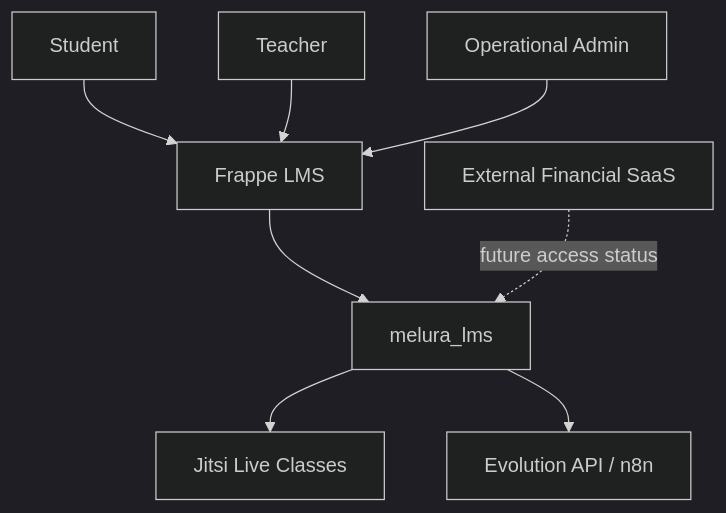
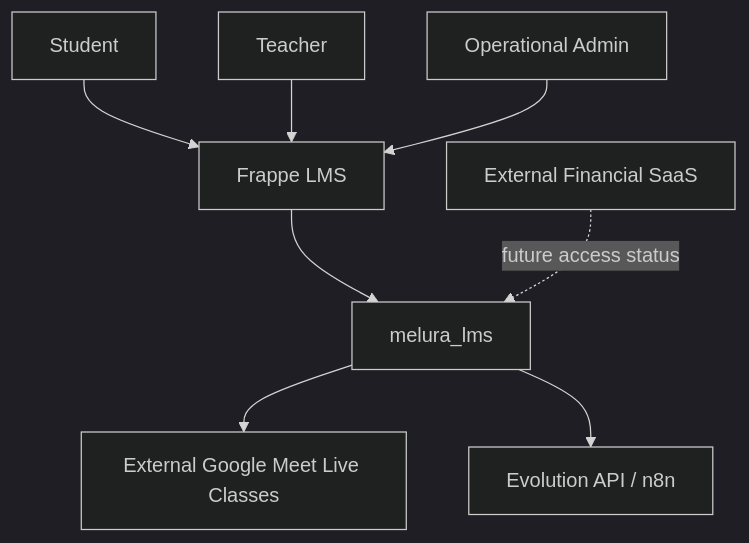
The diagram in README.en.md (estevao98/melura-lms), drawn with Mermaid (dark theme) before and after one commit. The commit also changed other lines of this file and 69 other files, not shown here.

Commit message:
feat: add google meet automatic live flow

````diff
--- a/README.en.md
+++ b/README.en.md
@@ -51,10 +52,10 @@
 ```mermaid
 flowchart TD
   Student[Student] --> LMS[Frappe LMS]
   Teacher[Teacher] --> LMS
   Admin[Operational Admin] --> LMS
   LMS --> CustomApp[melura_lms]
-  CustomApp --> Jitsi[Jitsi Live Classes]
+  CustomApp --> GoogleMeet[External Google Meet Live Classes]
   CustomApp --> WhatsApp[Evolution API / n8n]
   ExternalSaaS[External Financial SaaS] -. future access status .-> CustomApp
 ```
````
